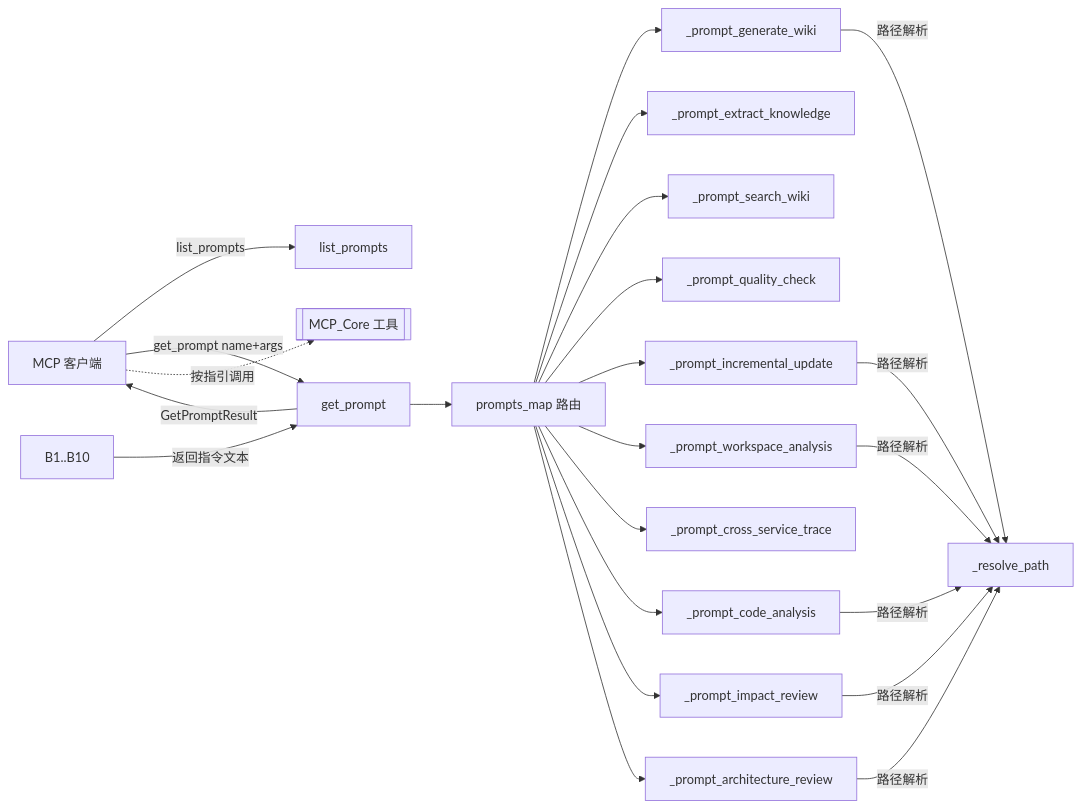
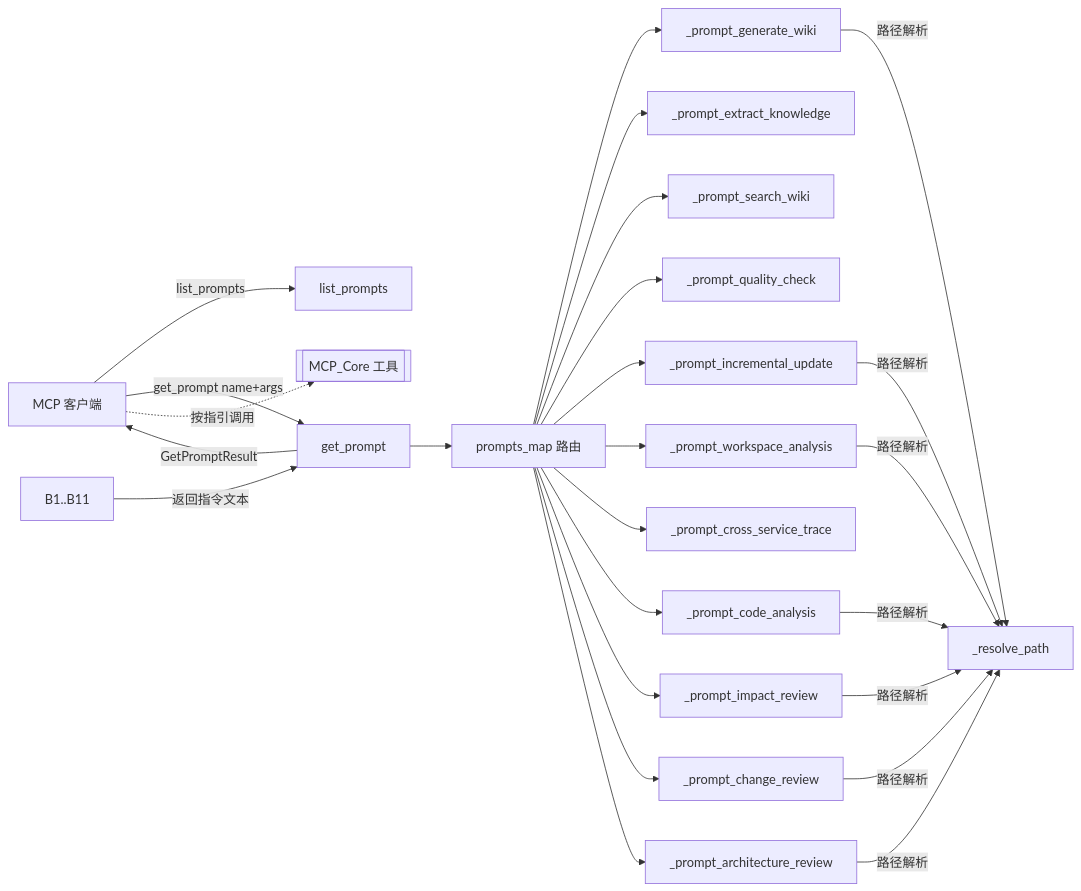
Before and after one commit to mambo-wang/CodeWiki-Plus: the diagram in repowiki/wiki/modules/MCP_Prompts.md, drawn with Mermaid. The commit also changed other lines of this file and 54 other files, not shown here.

````diff
--- a/repowiki/wiki/modules/MCP_Prompts.md
+++ b/repowiki/wiki/modules/MCP_Prompts.md
@@ -66,19 +74,20 @@
 ```mermaid
 flowchart LR
     Client[MCP 客户端] -->|list_prompts| LP[list_prompts]
     Client -->|get_prompt name+args| GP[get_prompt]
     GP --> PM[prompts_map 路由]
     PM --> B1[_prompt_generate_wiki]
     PM --> B2[_prompt_extract_knowledge]
     PM --> B3[_prompt_search_wiki]
     PM --> B4[_prompt_quality_check]
     PM --> B5[_prompt_incremental_update]
     PM --> B6[_prompt_workspace_analysis]
     PM --> B7[_prompt_cross_service_trace]
     PM --> B8[_prompt_code_analysis]
     PM --> B9[_prompt_impact_review]
-    PM --> B10[_prompt_architecture_review]
-    B1 & B5 & B6 & B8 & B9 & B10 -->|路径解析| RP[_resolve_path]
-    B1..B10 -->|返回指令文本| GP -->|GetPromptResult| Client
+    PM --> B10[_prompt_change_review]
+    PM --> B11[_prompt_architecture_review]
+    B1 & B5 & B6 & B8 & B9 & B10 & B11 -->|路径解析| RP[_resolve_path]
+    B1..B11 -->|返回指令文本| GP -->|GetPromptResult| Client
     Client -.->|按指引调用| Tools[[MCP_Core 工具]]
 ```
````
